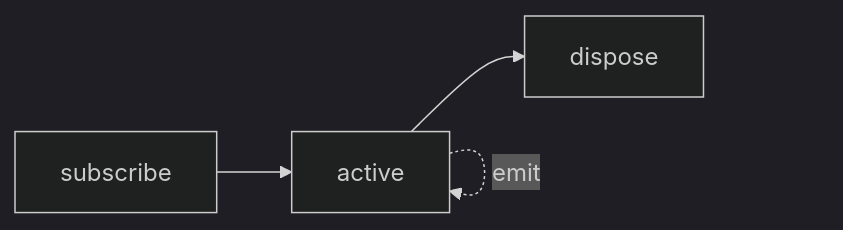
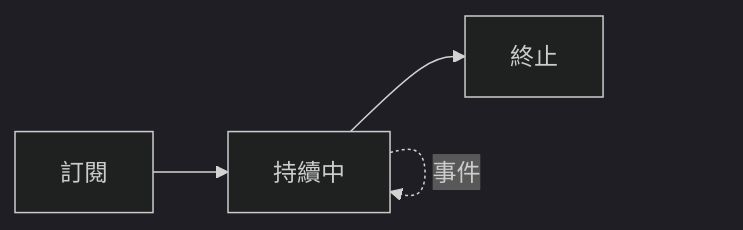
One commit to Luciano0322/v-tw-talk-2026 changed the third of 3 diagrams in pages/00-intro.md. Above: the diagram before and after it, drawn with Mermaid (dark theme). The commit also changed other lines of this file and 9 other files, not shown here.

````diff
--- a/pages/00-intro.md
+++ b/pages/00-intro.md
@@ -225,6 +225,6 @@
 ```mermaid
 flowchart LR
-  S1["subscribe"] --> S2["active"]
-  S2 -. "emit" .-> S2
-  S2 --> S3["dispose"]
+  S1["訂閱"] --> S2["持續中"]
+  S2 -. "事件" .-> S2
+  S2 --> S3["終止"]
 ```
````
